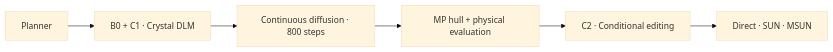
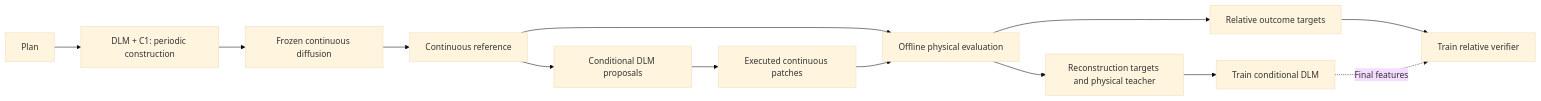
The diagram in README.md (YWDDLiang/DLM_ICLR), drawn with Mermaid (base theme) before and after one commit. The commit also changed other lines of this file and 10 other files, not shown here.

````diff
--- a/README.md
+++ b/README.md
@@ -7,8 +21,15 @@
 ```mermaid
 flowchart LR
-    P[Planner] --> C1[B0 + C1 · Crystal DLM]
-    C1 --> F[Continuous diffusion · 800 steps]
-    F --> PH[MP hull + physical evaluation]
-    PH --> C2[C2 · Conditional editing]
-    C2 --> EV[Direct · SUN · MSUN]
+    P[Plan] --> G[DLM + C1: periodic construction]
+    G --> F[Frozen continuous diffusion]
+    F --> S[Continuous reference]
+    S --> E[Conditional DLM proposals]
+    E --> C[Executed continuous patches]
+    S --> PH[Offline physical evaluation]
+    C --> PH
+    PH --> T[Reconstruction targets and physical teacher]
+    PH --> V[Relative outcome targets]
+    T --> L[Train conditional DLM]
+    V --> R[Train relative verifier]
+    L -. Final features .-> R
 ```
````
